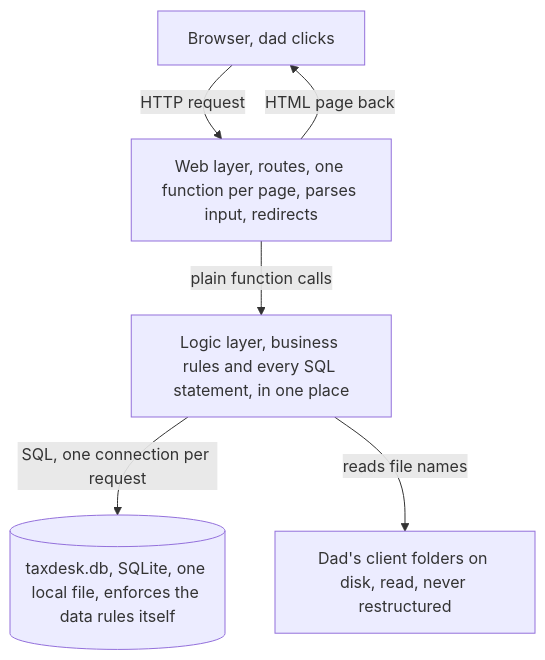
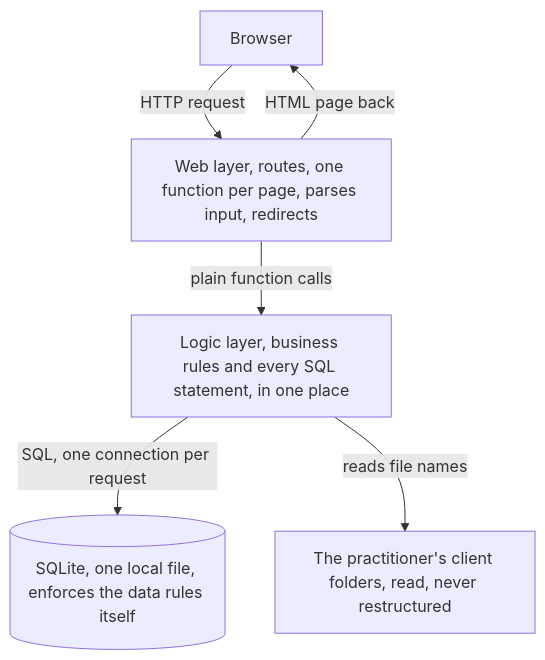
One commit to nikhilshastry2003/taxdesk-ai changed the diagram in README.md. Above: the diagram before and after it, drawn with Mermaid. The commit also changed other lines of this file, not shown here.

````diff
--- a/README.md
+++ b/README.md
@@ -30,14 +31,14 @@
 ```mermaid
 flowchart TD
-    browser["Browser, dad clicks"]
+    browser["Browser"]
     web["Web layer, routes, one function per page, parses input, redirects"]
     logic["Logic layer, business rules and every SQL statement, in one place"]
-    db[("taxdesk.db, SQLite, one local file, enforces the data rules itself")]
-    disk["Dad's client folders on disk, read, never restructured"]
+    db[("SQLite, one local file, enforces the data rules itself")]
+    disk["The practitioner's client folders, read, never restructured"]
 
     browser -->|"HTTP request"| web
     web -->|"plain function calls"| logic
     logic -->|"SQL, one connection per request"| db
     logic -->|"reads file names"| disk
     web -->|"HTML page back"| browser
 ```
````
